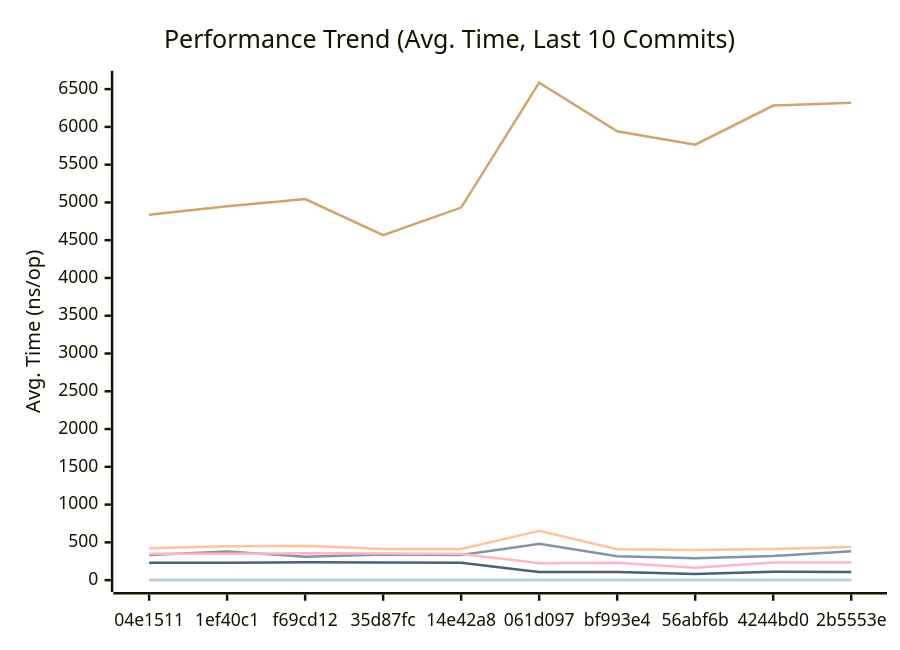
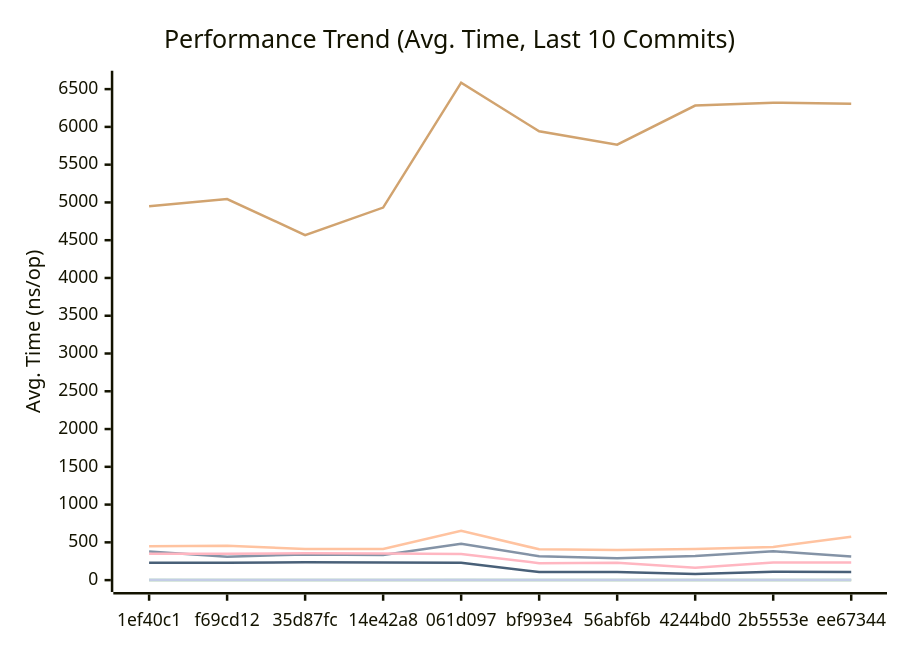
Before and after one commit to alsotoes/momo: the first of 3 diagrams in docs/PERFORMANCE.md, drawn with Mermaid. The commit also changed other lines of this file and 14 other files, not shown here.

````diff
--- a/docs/PERFORMANCE.md
+++ b/docs/PERFORMANCE.md
@@ -80,16 +80,16 @@
 ```mermaid
 xychart-beta
     title "Performance Trend (Avg. Time, Last 10 Commits)"
     x-axis "Commit"
     y-axis "Avg. Time (ns/op)"
-    x-axis [04e1511,1ef40c1,f69cd12,35d87fc,14e42a8,061d097,bf993e4,56abf6b,4244bd0,2b5553e]
-    line "CheckMetricsAndSwap" [8,12,9,7,8,11,7,9,8,8]
-    line "CrushOptimized" [331,380,310,340,334,480,316,291,320,382]
-    line "CrushOriginal" [423,449,456,411,411,653,408,400,411,439]
+    x-axis [1ef40c1,f69cd12,35d87fc,14e42a8,061d097,bf993e4,56abf6b,4244bd0,2b5553e,ee67344]
+    line "CheckMetricsAndSwap" [12,9,7,8,11,7,9,8,8,10]
+    line "CrushOptimized" [380,310,340,334,480,316,291,320,382,312]
+    line "CrushOriginal" [449,456,411,411,653,408,400,411,439,573]
     line "IndexDirectTracking" [0,0,0,0,0,0,0,0,0,0]
-    line "IndexSearch" [2,2,2,3,3,3,3,3,3,3]
-    line "LoadGlobalConfig" [4838,4948,5045,4567,4932,6586,5941,5764,6283,6321]
-    line "PadString" [2,2,2,2,2,3,2,2,2,2]
+    line "IndexSearch" [2,2,3,3,3,3,3,3,3,3]
+    line "LoadGlobalConfig" [4948,5045,4567,4932,6586,5941,5764,6283,6321,6306]
+    line "PadString" [2,2,2,2,3,2,2,2,2,2]
     line "ParseReplicationOrder_NoPrealloc" [350,349,357,354,345,225,229,165,232,234]
     line "ParseReplicationOrder_Prealloc" [229,231,237,234,229,108,107,80,110,109]
 ```
````
